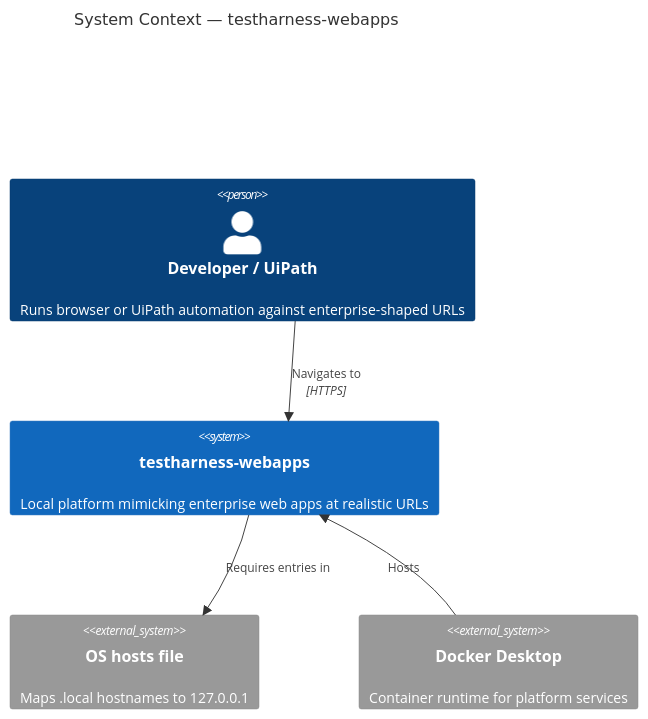
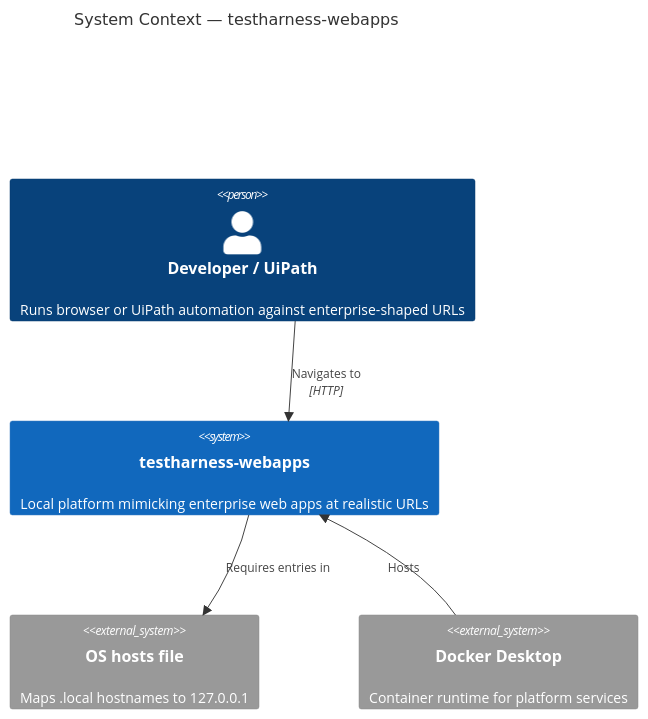
One commit to uips-browser-kit/testharness-webapps changed the first of 5 diagrams in docs/architecture.md. Above: the diagram before and after it, drawn with Mermaid. The commit also changed other lines of this file and 82 other files, not shown here.

````diff
--- a/docs/architecture.md
+++ b/docs/architecture.md
@@ -7,13 +7,14 @@
 ```mermaid
 C4Context
     title System Context — testharness-webapps
+    UpdateLayoutConfig($c4ShapeInRow="2", $c4BoundaryInRow="1")
 
     Person(dev, "Developer / UiPath", "Runs browser or UiPath automation against enterprise-shaped URLs")
     System(platform, "testharness-webapps", "Local platform mimicking enterprise web apps at realistic URLs")
     System_Ext(hosts, "OS hosts file", "Maps .local hostnames to 127.0.0.1")
     System_Ext(docker, "Docker Desktop", "Container runtime for platform services")
 
-    Rel(dev, platform, "Navigates to", "HTTPS")
-    Rel(platform, hosts, "Requires entries in")
-    Rel(docker, platform, "Hosts")
+    Rel_D(dev, platform, "Navigates to", "HTTP")
+    Rel_R(platform, hosts, "Requires entries in")
+    Rel_L(docker, platform, "Hosts")
 ```
````
